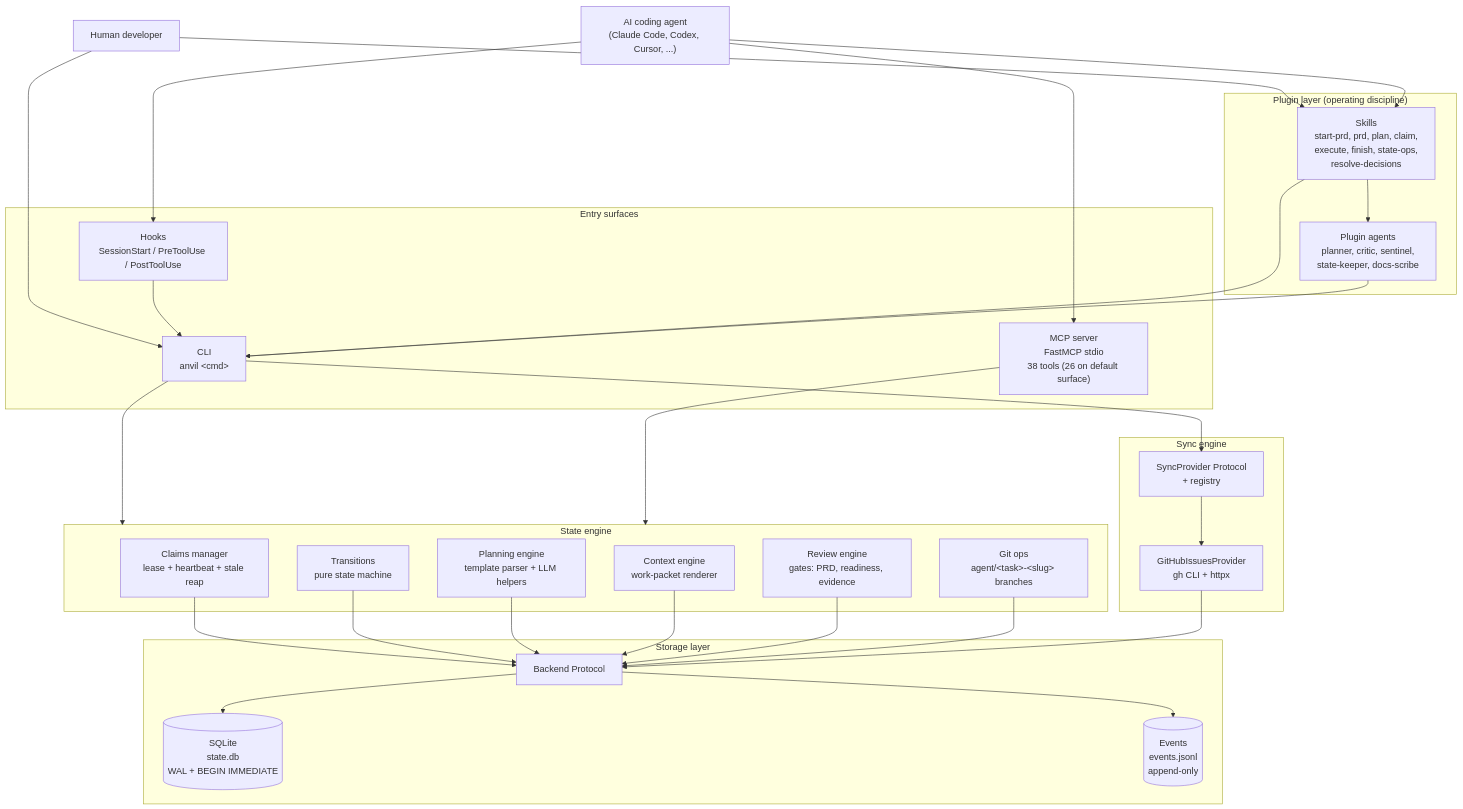
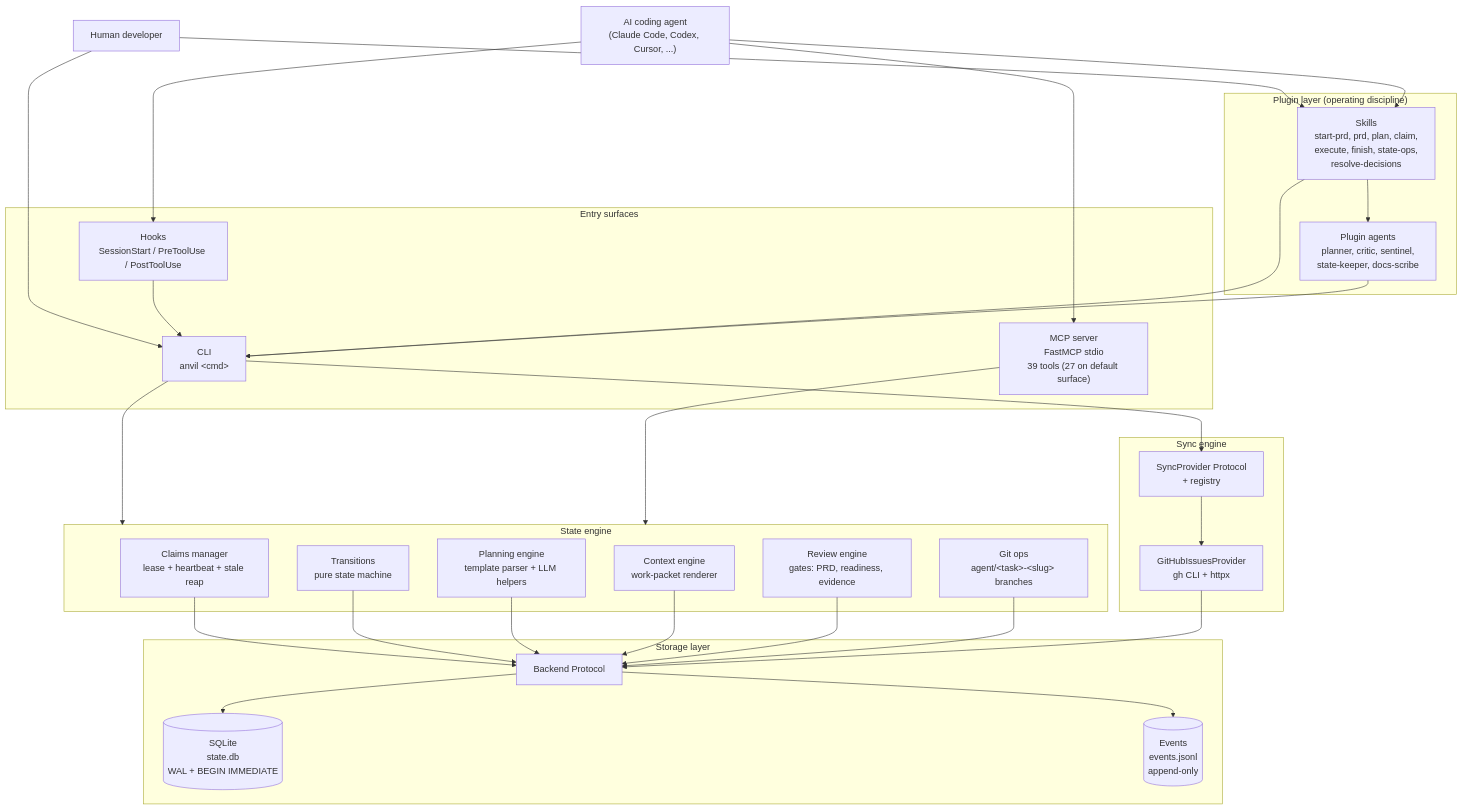
Before and after one commit to fakoli/anvil: the first of 2 diagrams in docs/architecture.md, drawn with Mermaid. The commit also changed other lines of this file and 18 other files, not shown here.

````diff
--- a/docs/architecture.md
+++ b/docs/architecture.md
@@ -69,63 +69,63 @@
 ```mermaid
 graph TD
     User["Human developer"]
     Agent["AI coding agent<br/>(Claude Code, Codex, Cursor, ...)"]
 
     subgraph Entry["Entry surfaces"]
         CLI["CLI<br/>anvil &lt;cmd&gt;"]
-        MCP["MCP server<br/>FastMCP stdio<br/>38 tools (26 on default surface)"]
+        MCP["MCP server<br/>FastMCP stdio<br/>39 tools (27 on default surface)"]
         Hooks["Hooks<br/>SessionStart / PreToolUse / PostToolUse"]
     end
 
     subgraph Plugin["Plugin layer (operating discipline)"]
         Skills["Skills<br/>start-prd, prd, plan, claim,<br/>execute, finish, state-ops,<br/>resolve-decisions"]
         Agents["Plugin agents<br/>planner, critic, sentinel,<br/>state-keeper, docs-scribe"]
     end
 
     subgraph Engine["State engine"]
         Claims["Claims manager<br/>lease + heartbeat + stale reap"]
         Transitions["Transitions<br/>pure state machine"]
         Planning["Planning engine<br/>template parser + LLM helpers"]
         Context["Context engine<br/>work-packet renderer"]
         Review["Review engine<br/>gates: PRD, readiness, evidence"]
         GitOps["Git ops<br/>agent/&lt;task&gt;-&lt;slug&gt; branches"]
     end
 
     subgraph Storage["Storage layer"]
         Backend["Backend Protocol"]
         SQLite[("SQLite<br/>state.db<br/>WAL + BEGIN IMMEDIATE")]
         Events[("Events<br/>events.jsonl<br/>append-only")]
     end
 
     subgraph Sync["Sync engine"]
         SyncProto["SyncProvider Protocol<br/>+ registry"]
         GitHub["GitHubIssuesProvider<br/>gh CLI + httpx"]
     end
 
     User --> CLI
     User --> Skills
     Agent --> MCP
     Agent --> Skills
     Agent --> Hooks
 
     CLI --> Engine
     MCP --> Engine
     Hooks --> CLI
     Skills --> CLI
     Skills --> Agents
     Agents --> CLI
 
     Claims --> Backend
     Transitions --> Backend
     Planning --> Backend
     Context --> Backend
     Review --> Backend
     GitOps --> Backend
 
     Backend --> SQLite
     Backend --> Events
 
     CLI --> SyncProto
     SyncProto --> GitHub
     GitHub --> Backend
 ```
````
